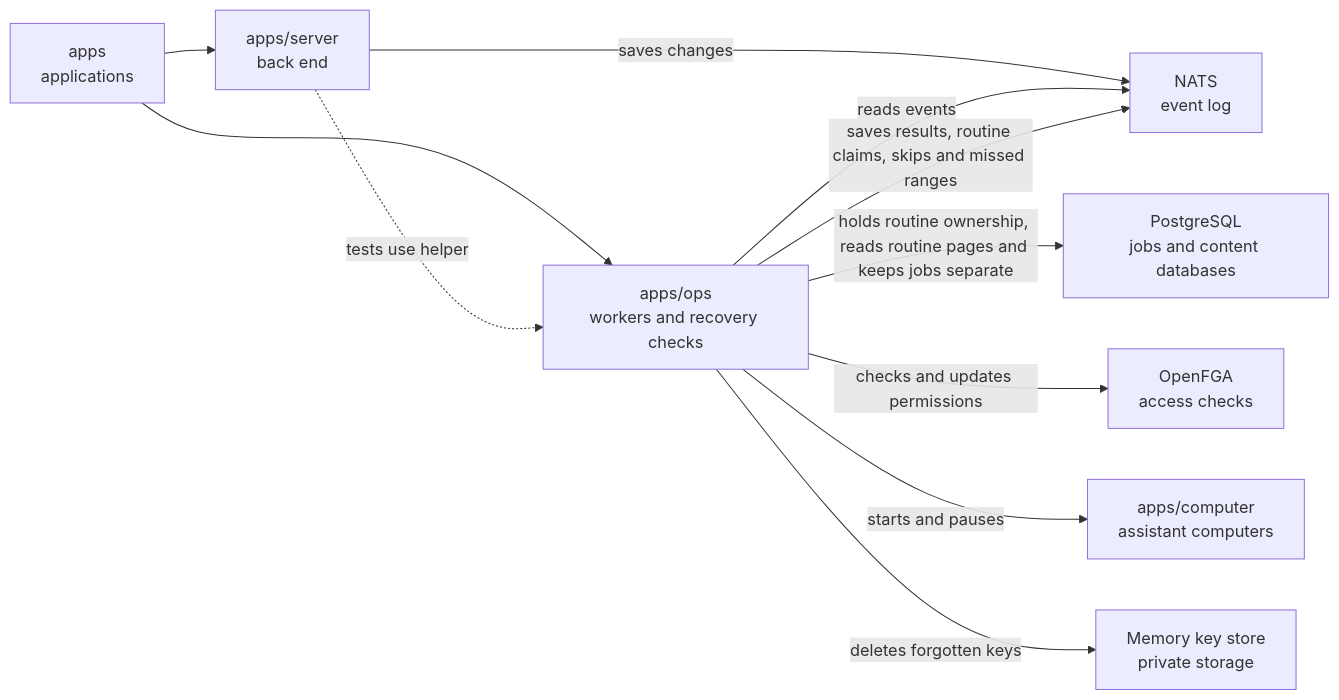
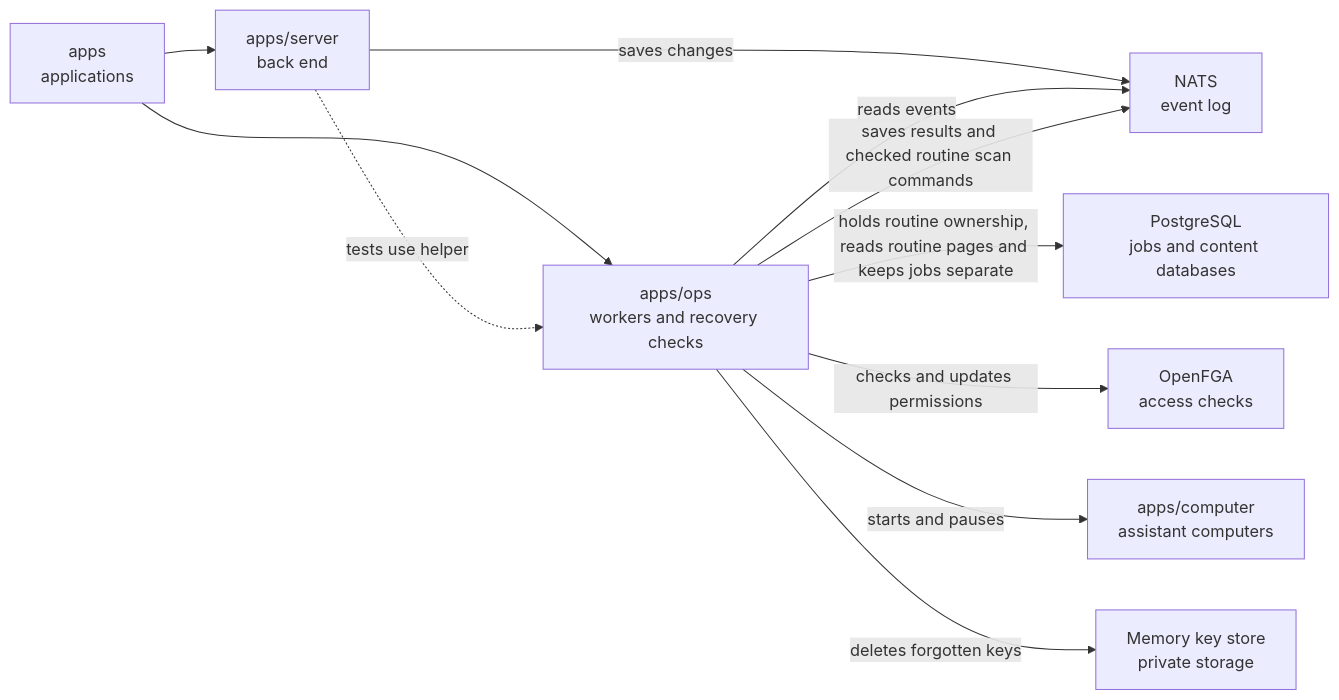
The diagram in apps/ops/README.md (elewa-git/opencrane-new), drawn with Mermaid before and after one commit. The commit also changed other lines of this file and 4 other files, not shown here.

Commit message:
⏱️ Dispatch checked routine commands from bounded scans

````diff
--- a/apps/ops/README.md
+++ b/apps/ops/README.md
@@ -17,13 +17,13 @@
 ```mermaid
 flowchart LR
   apps["apps<br/>applications"] --> ops["apps/ops<br/>workers and recovery checks"]
   apps --> server["apps/server<br/>back end"]
   server -.->|tests use helper| ops
   server -->|saves changes| nats["NATS<br/>event log"]
   ops -->|reads events| nats
-  ops -->|saves results, routine claims, skips and missed ranges| nats
+  ops -->|saves results and checked routine scan commands| nats
   ops -->|holds routine ownership, reads routine pages and keeps jobs separate| pg["PostgreSQL<br/>jobs and content databases"]
   ops -->|checks and updates permissions| fga["OpenFGA<br/>access checks"]
   ops -->|starts and pauses| computer["apps/computer<br/>assistant computers"]
   ops -->|deletes forgotten keys| keys["Memory key store<br/>private storage"]
 ```
````
